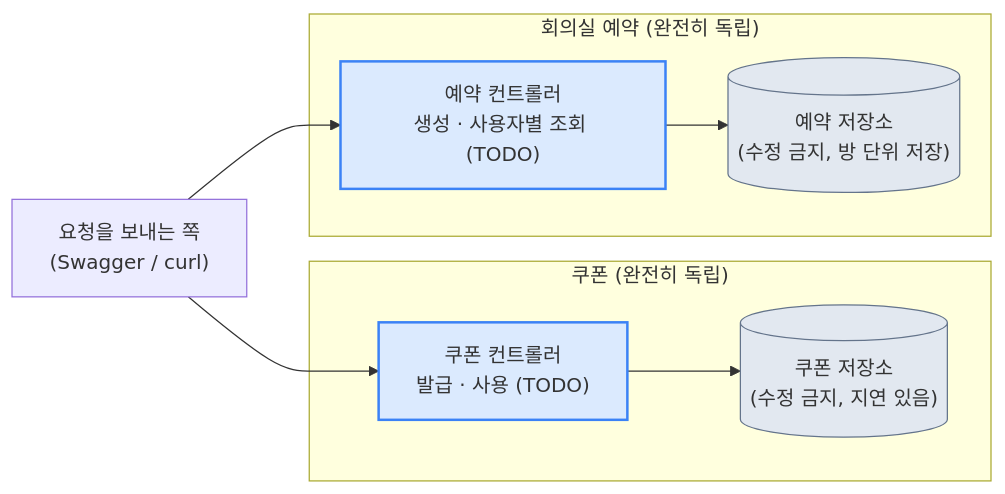
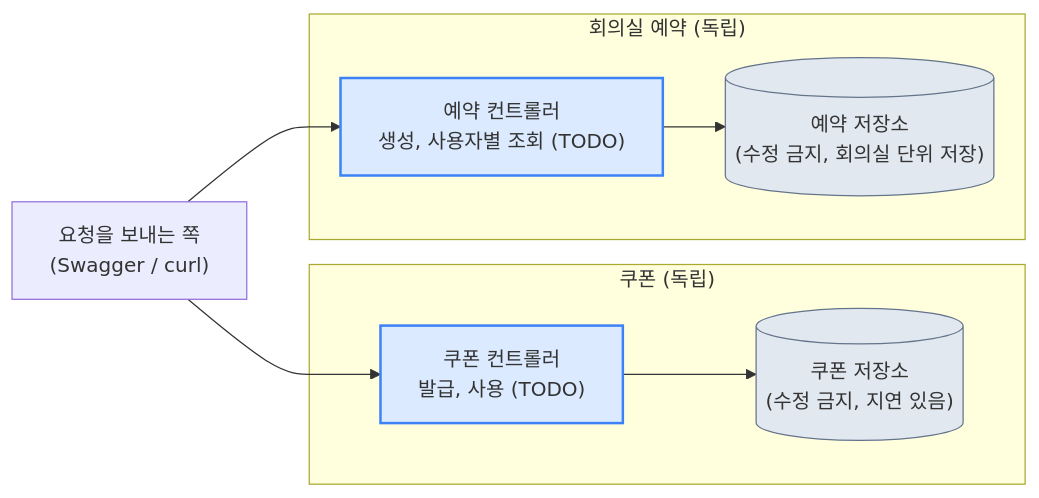
Before and after one commit to DongHyunKIM-Hi/concurrency-warmup-assignment: the diagram in README.md, drawn with Mermaid. The commit also changed other lines of this file and 1 other file, not shown here.

````diff
--- a/README.md
+++ b/README.md
@@ -75,22 +88,22 @@
 ```mermaid
 flowchart LR
     A["요청을 보내는 쪽<br/>(Swagger / curl)"]
 
-    subgraph COUPON["쿠폰 (완전히 독립)"]
-        B["쿠폰 컨트롤러<br/>발급 · 사용 (TODO)"]
+    subgraph COUPON["쿠폰 (독립)"]
+        B["쿠폰 컨트롤러<br/>발급, 사용 (TODO)"]
         C[("쿠폰 저장소<br/>(수정 금지, 지연 있음)")]
     end
 
-    subgraph ROOM["회의실 예약 (완전히 독립)"]
-        D["예약 컨트롤러<br/>생성 · 사용자별 조회 (TODO)"]
-        E[("예약 저장소<br/>(수정 금지, 방 단위 저장)")]
+    subgraph ROOM["회의실 예약 (독립)"]
+        D["예약 컨트롤러<br/>생성, 사용자별 조회 (TODO)"]
+        E[("예약 저장소<br/>(수정 금지, 회의실 단위 저장)")]
     end
 
     A --> B --> C
     A --> D --> E
 
     style B fill:#dbeafe,stroke:#3b82f6,stroke-width:2px
     style D fill:#dbeafe,stroke:#3b82f6,stroke-width:2px
     style C fill:#e2e8f0,stroke:#64748b
     style E fill:#e2e8f0,stroke:#64748b
 ```
````
